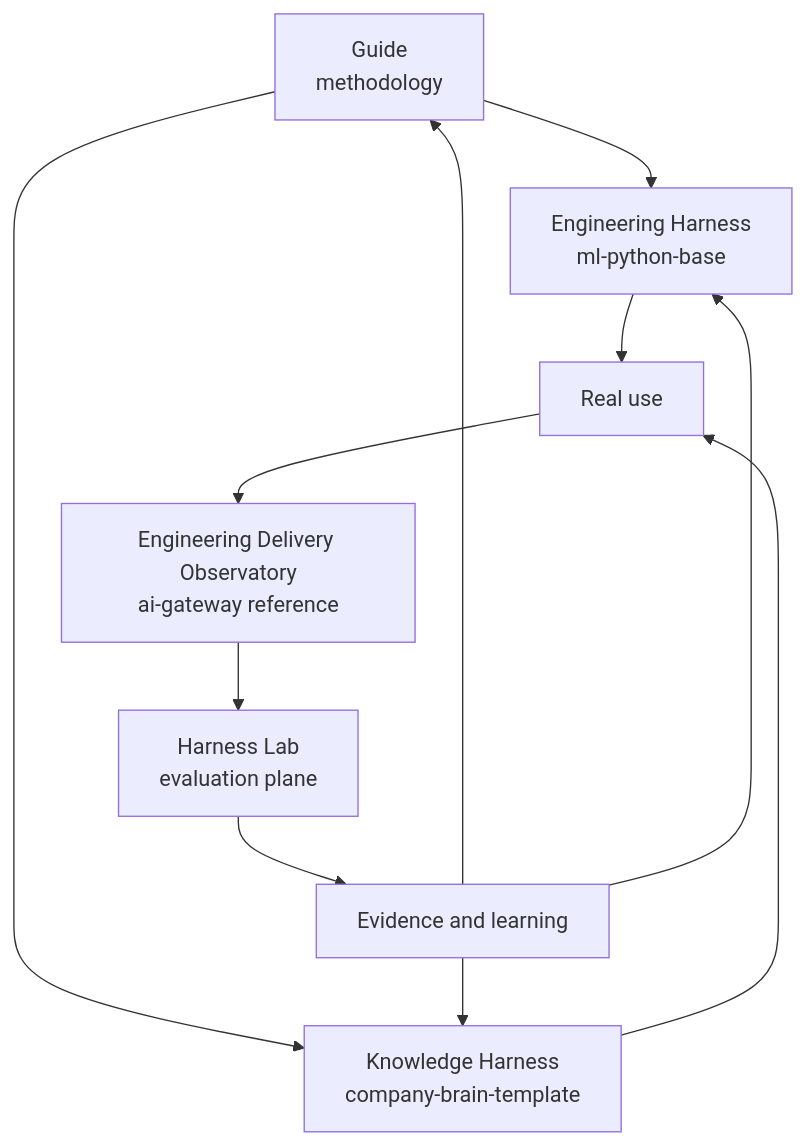
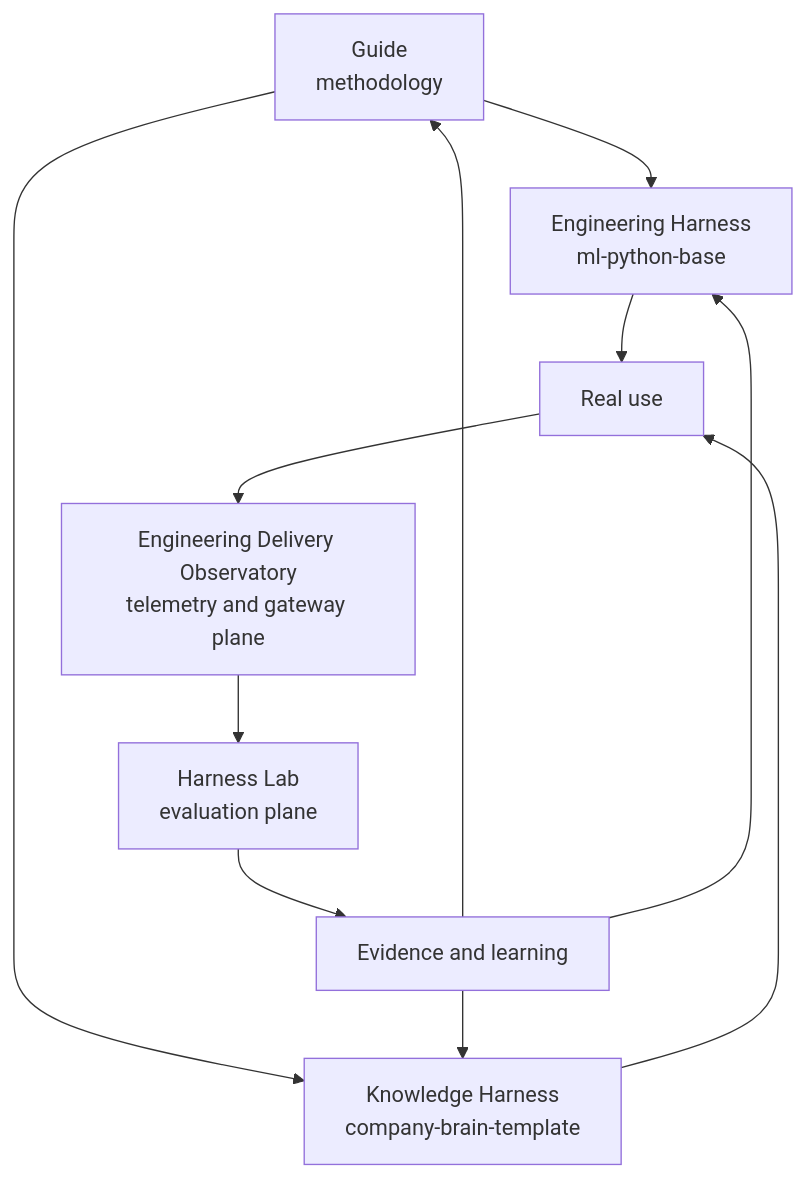
Before and after one commit to marcosdh1987/harness-engineering-guide: the diagram in docs/en/reference-implementation/index.md, drawn with Mermaid. The commit also changed other lines of this file and 9 other files, not shown here.

Commit message:
docs: expand Engineering Delivery Observatory guides and add MathJax support

````diff
--- a/docs/en/reference-implementation/index.md
+++ b/docs/en/reference-implementation/index.md
@@ -12,13 +12,13 @@
 ```mermaid
 flowchart TB
     GUIDE["Guide<br/>methodology"] --> H["Engineering Harness<br/>ml-python-base"]
     GUIDE --> K["Knowledge Harness<br/>company-brain-template"]
     H --> USE["Real use"]
     K --> USE
-    USE --> O["Engineering Delivery Observatory<br/>ai-gateway reference"]
+    USE --> O["Engineering Delivery Observatory<br/>telemetry and gateway plane"]
     O --> LAB["Harness Lab<br/>evaluation plane"]
     LAB --> LEARN["Evidence and learning"]
     LEARN --> GUIDE
     LEARN --> H
     LEARN --> K
 ```
````
